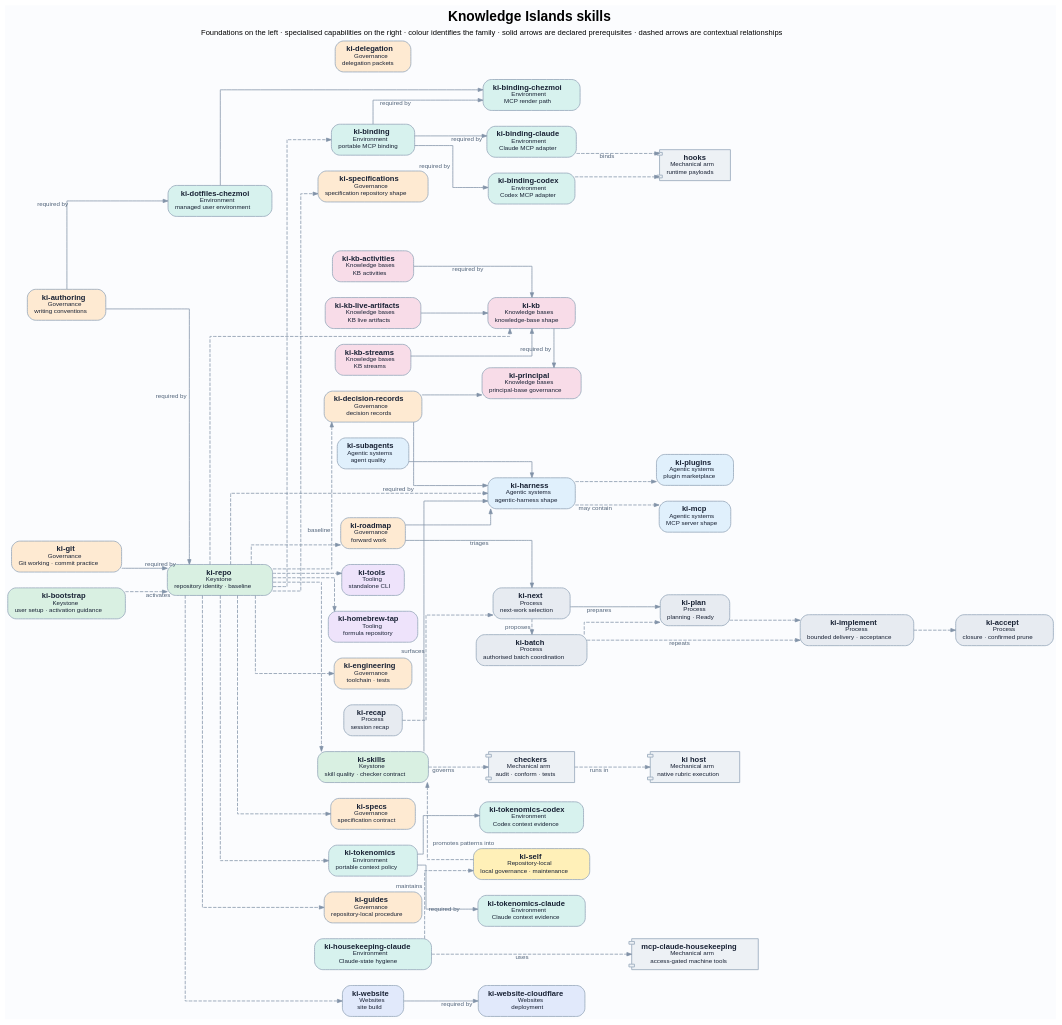
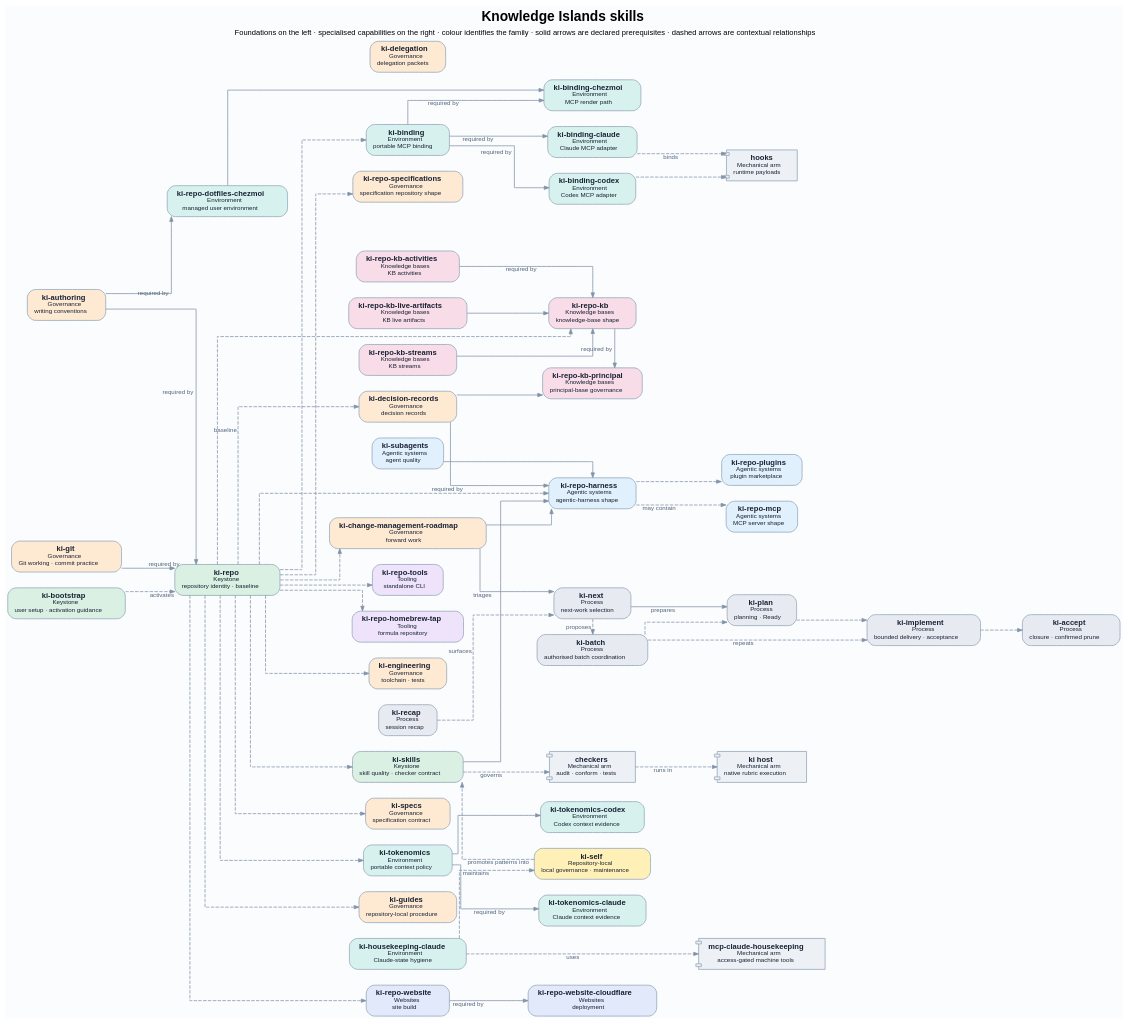
Before and after one commit to knowledgeislands/arcadia-skills: the diagram in docs/diagrams/skills-map.dot, drawn with Graphviz. The commit also changed 696 other files, not shown here.

Commit message:
refactor(skills): align repository and change-management names

```diff
--- a/docs/diagrams/skills-map.dot
+++ b/docs/diagrams/skills-map.dot
@@ -53,30 +53,30 @@
   git [fillcolor="#feead2", label=< <b>ki-git</b><br/><font point-size="9">Governance</font><br/><font point-size="9">Git working · commit practice</font> >]
   guides [fillcolor="#feead2", label=< <b>ki-guides</b><br/><font point-size="9">Governance</font><br/><font point-size="9">repository-local procedure</font> >]
   delegation [fillcolor="#feead2", label=< <b>ki-delegation</b><br/><font point-size="9">Governance</font><br/><font point-size="9">delegation packets</font> >]
-  roadmap [fillcolor="#feead2", label=< <b>ki-roadmap</b><br/><font point-size="9">Governance</font><br/><font point-size="9">forward work</font> >]
-  specifications [fillcolor="#feead2", label=< <b>ki-specifications</b><br/><font point-size="9">Governance</font><br/><font point-size="9">specification repository shape</font> >]
+  roadmap [fillcolor="#feead2", label=< <b>ki-change-management-roadmap</b><br/><font point-size="9">Governance</font><br/><font point-size="9">forward work</font> >]
+  specifications [fillcolor="#feead2", label=< <b>ki-repo-specifications</b><br/><font point-size="9">Governance</font><br/><font point-size="9">specification repository shape</font> >]
   skills [fillcolor="#d9f0e2", label=< <b>ki-skills</b><br/><font point-size="9">Keystone</font><br/><font point-size="9">skill quality · checker contract</font> >]
-  harness [fillcolor="#e0f0fc", label=< <b>ki-harness</b><br/><font point-size="9">Agentic systems</font><br/><font point-size="9">agentic-harness shape</font> >]
-  kb [fillcolor="#f8dce8", label=< <b>ki-kb</b><br/><font point-size="9">Knowledge bases</font><br/><font point-size="9">knowledge-base shape</font> >]
-  principal [fillcolor="#f8dce8", label=< <b>ki-principal</b><br/><font point-size="9">Knowledge bases</font><br/><font point-size="9">principal-base governance</font> >]
-  website [fillcolor="#e1e9fb", label=< <b>ki-website</b><br/><font point-size="9">Websites</font><br/><font point-size="9">site build</font> >]
+  harness [fillcolor="#e0f0fc", label=< <b>ki-repo-harness</b><br/><font point-size="9">Agentic systems</font><br/><font point-size="9">agentic-harness shape</font> >]
+  kb [fillcolor="#f8dce8", label=< <b>ki-repo-kb</b><br/><font point-size="9">Knowledge bases</font><br/><font point-size="9">knowledge-base shape</font> >]
+  principal [fillcolor="#f8dce8", label=< <b>ki-repo-kb-principal</b><br/><font point-size="9">Knowledge bases</font><br/><font point-size="9">principal-base governance</font> >]
+  website [fillcolor="#e1e9fb", label=< <b>ki-repo-website</b><br/><font point-size="9">Websites</font><br/><font point-size="9">site build</font> >]
   binding [fillcolor="#d7f2ee", label=< <b>ki-binding</b><br/><font point-size="9">Environment</font><br/><font point-size="9">portable MCP binding</font> >]
   tokenomics [fillcolor="#d7f2ee", label=< <b>ki-tokenomics</b><br/><font point-size="9">Environment</font><br/><font point-size="9">portable context policy</font> >]
-  tools [fillcolor="#eee3fb", label=< <b>ki-tools</b><br/><font point-size="9">Tooling</font><br/><font point-size="9">standalone CLI</font> >]
-  tap [fillcolor="#eee3fb", label=< <b>ki-homebrew-tap</b><br/><font point-size="9">Tooling</font><br/><font point-size="9">formula repository</font> >]
+  tools [fillcolor="#eee3fb", label=< <b>ki-repo-tools</b><br/><font point-size="9">Tooling</font><br/><font point-size="9">standalone CLI</font> >]
+  tap [fillcolor="#eee3fb", label=< <b>ki-repo-homebrew-tap</b><br/><font point-size="9">Tooling</font><br/><font point-size="9">formula repository</font> >]
 
   // Specialisations, process capabilities, and runtime-facing skills.
   agents [fillcolor="#e0f0fc", label=< <b>ki-subagents</b><br/><font point-size="9">Agentic systems</font><br/><font point-size="9">agent quality</font> >]
-  mcp [fillcolor="#e0f0fc", label=< <b>ki-mcp</b><br/><font point-size="9">Agentic systems</font><br/><font point-size="9">MCP server shape</font> >]
-  plugins [fillcolor="#e0f0fc", label=< <b>ki-plugins</b><br/><font point-size="9">Agentic systems</font><br/><font point-size="9">plugin marketplace</font> >]
-  kb_activities [fillcolor="#f8dce8", label=< <b>ki-kb-activities</b><br/><font point-size="9">Knowledge bases</font><br/><font point-size="9">KB activities</font> >]
-  kb_artifacts [fillcolor="#f8dce8", label=< <b>ki-kb-live-artifacts</b><br/><font point-size="9">Knowledge bases</font><br/><font point-size="9">KB live artifacts</font> >]
-  kb_streams [fillcolor="#f8dce8", label=< <b>ki-kb-streams</b><br/><font point-size="9">Knowledge bases</font><br/><font point-size="9">KB streams</font> >]
-  cloudflare [fillcolor="#e1e9fb", label=< <b>ki-website-cloudflare</b><br/><font point-size="9">Websites</font><br/><font point-size="9">deployment</font> >]
+  mcp [fillcolor="#e0f0fc", label=< <b>ki-repo-mcp</b><br/><font point-size="9">Agentic systems</font><br/><font point-size="9">MCP server shape</font> >]
+  plugins [fillcolor="#e0f0fc", label=< <b>ki-repo-plugins</b><br/><font point-size="9">Agentic systems</font><br/><font point-size="9">plugin marketplace</font> >]
+  kb_activities [fillcolor="#f8dce8", label=< <b>ki-repo-kb-activities</b><br/><font point-size="9">Knowledge bases</font><br/><font point-size="9">KB activities</font> >]
+  kb_artifacts [fillcolor="#f8dce8", label=< <b>ki-repo-kb-live-artifacts</b><br/><font point-size="9">Knowledge bases</font><br/><font point-size="9">KB live artifacts</font> >]
+  kb_streams [fillcolor="#f8dce8", label=< <b>ki-repo-kb-streams</b><br/><font point-size="9">Knowledge bases</font><br/><font point-size="9">KB streams</font> >]
+  cloudflare [fillcolor="#e1e9fb", label=< <b>ki-repo-website-cloudflare</b><br/><font point-size="9">Websites</font><br/><font point-size="9">deployment</font> >]
   binding_claude [fillcolor="#d7f2ee", label=< <b>ki-binding-claude</b><br/><font point-size="9">Environment</font><br/><font point-size="9">Claude MCP adapter</font> >]
   binding_codex [fillcolor="#d7f2ee", label=< <b>ki-binding-codex</b><br/><font point-size="9">Environment</font><br/><font point-size="9">Codex MCP adapter</font> >]
   binding_chezmoi [fillcolor="#d7f2ee", label=< <b>ki-binding-chezmoi</b><br/><font point-size="9">Environment</font><br/><font point-size="9">MCP render path</font> >]
-  dotfiles [fillcolor="#d7f2ee", label=< <b>ki-dotfiles-chezmoi</b><br/><font point-size="9">Environment</font><br/><font point-size="9">managed user environment</font> >]
+  dotfiles [fillcolor="#d7f2ee", label=< <b>ki-repo-dotfiles-chezmoi</b><br/><font point-size="9">Environment</font><br/><font point-size="9">managed user environment</font> >]
   housekeeping_claude [fillcolor="#d7f2ee", label=< <b>ki-housekeeping-claude</b><br/><font point-size="9">Environment</font><br/><font point-size="9">Claude-state hygiene</font> >]
   tokenomics_claude [fillcolor="#d7f2ee", label=< <b>ki-tokenomics-claude</b><br/><font point-size="9">Environment</font><br/><font point-size="9">Claude context evidence</font> >]
   tokenomics_codex [fillcolor="#d7f2ee", label=< <b>ki-tokenomics-codex</b><br/><font point-size="9">Environment</font><br/><font point-size="9">Codex context evidence</font> >]
```
